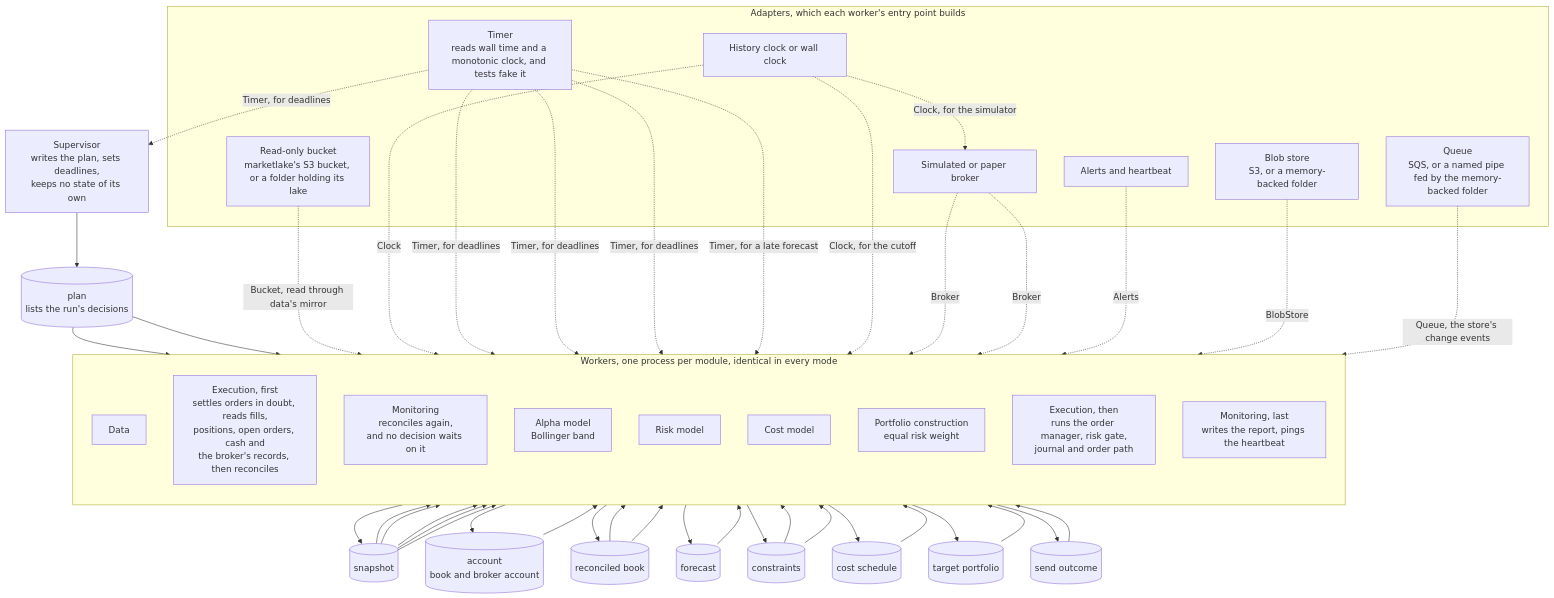
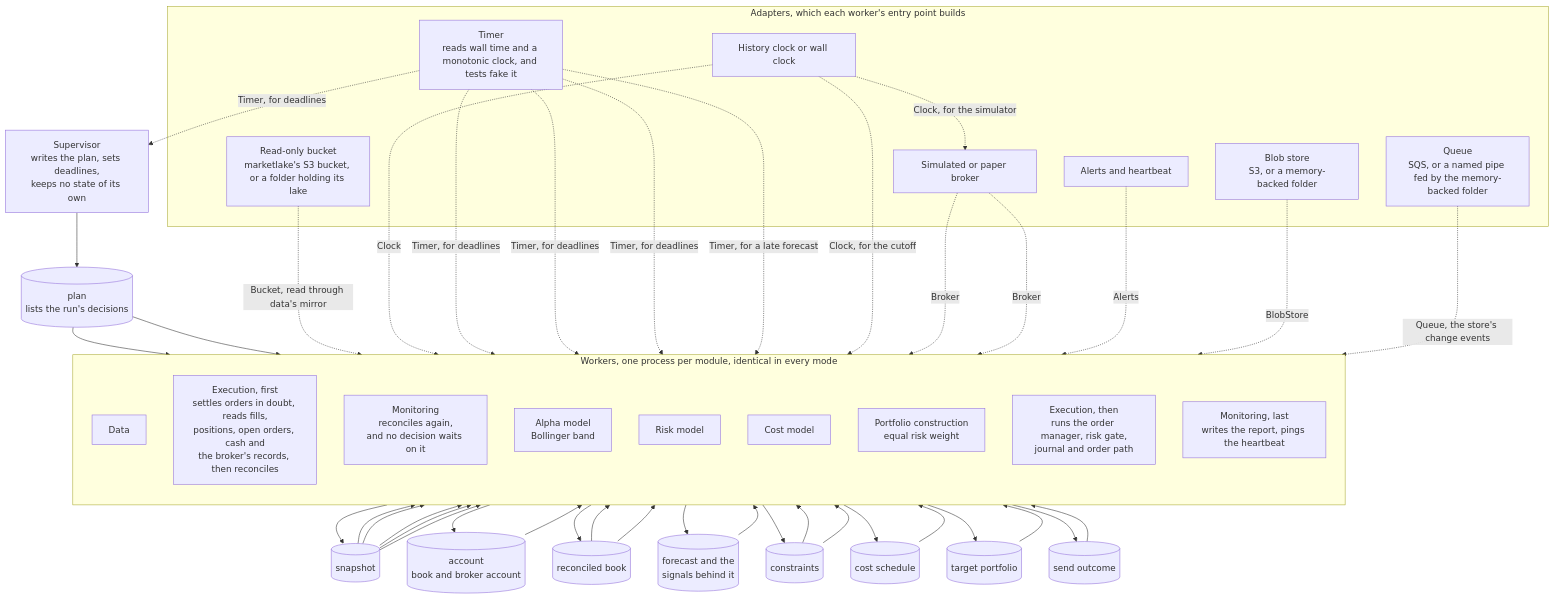
Before and after one commit to l3a0/ithildin-runtime: the first of 7 diagrams in docs/architecture/05-building-blocks.md, drawn with Mermaid. The commit also changed other lines of this file and 13 other files, not shown here.

````diff
--- a/docs/architecture/05-building-blocks.md
+++ b/docs/architecture/05-building-blocks.md
@@ -57,72 +57,72 @@
 ```mermaid
 flowchart TB
     sup["Supervisor<br/>writes the plan, sets deadlines,<br/>keeps no state of its own"]
     plan[("plan<br/>lists the run's decisions")]
     sup --> plan
 
     subgraph workers["Workers, one process per module, identical in every mode"]
         direction TB
         data["Data"]
         exec_recover["Execution, first<br/>settles orders in doubt, reads fills,<br/>positions, open orders, cash and<br/>the broker's records, then reconciles"]
         mon_recon["Monitoring<br/>reconciles again,<br/>and no decision waits on it"]
         alpha["Alpha model<br/>Bollinger band"]
         risk["Risk model"]
         cost["Cost model"]
         pc["Portfolio construction<br/>equal risk weight"]
         exec_send["Execution, then<br/>runs the order manager, risk gate,<br/>journal and order path"]
         mon_report["Monitoring, last<br/>writes the report, pings the heartbeat"]
     end
 
     snap[("snapshot")]
     acct[("account<br/>book and broker account")]
     book[("reconciled book")]
-    fc[("forecast")]
+    fc[("forecast and the<br/>signals behind it")]
     cons[("constraints")]
     sched[("cost schedule")]
     target[("target portfolio")]
     outcome[("send outcome")]
 
     plan --> data
     plan --> exec_recover
     snap --> exec_recover
     data --> snap
     exec_recover --> acct --> mon_recon
     exec_recover --> book
     snap --> alpha --> fc
     snap --> risk
     book --> risk --> cons
     snap --> cost --> sched
     fc --> pc
     cons --> pc
     sched --> pc
     book --> pc --> target
     target --> exec_send
     cons --> exec_send
     snap --> exec_send
     exec_send --> outcome --> mon_report
 
     subgraph adapters["Adapters, which each worker's entry point builds"]
         lakesrc["Read-only bucket<br/>marketlake's S3 bucket, or a folder holding its lake"]
         clock["History clock or wall clock"]
         timer["Timer<br/>reads wall time and a monotonic clock, and tests fake it"]
         broker["Simulated or paper broker"]
         store["Blob store<br/>S3, or a memory-backed folder"]
         alertsink["Alerts and heartbeat"]
         queue["Queue<br/>SQS, or a named pipe fed by the memory-backed folder"]
     end
 
     lakesrc -. "Bucket, read through data's mirror" .-> data
     clock -. "Clock" .-> data
     timer -. "Timer, for deadlines" .-> sup
     timer -. "Timer, for deadlines" .-> mon_report
     timer -. "Timer, for deadlines" .-> exec_recover
     timer -. "Timer, for deadlines" .-> exec_send
     timer -. "Timer, for a late forecast" .-> pc
     clock -. "Clock, for the cutoff" .-> exec_send
     clock -. "Clock, for the simulator" .-> broker
     broker -. "Broker" .-> exec_recover
     broker -. "Broker" .-> exec_send
     store -. "BlobStore" .-> workers
     alertsink -. "Alerts" .-> mon_report
         queue -. "Queue, the store's change events" .-> workers
 ```
````
